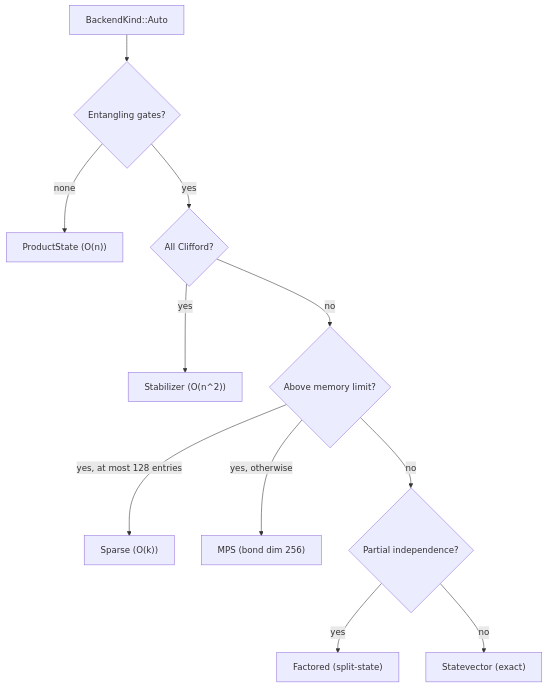
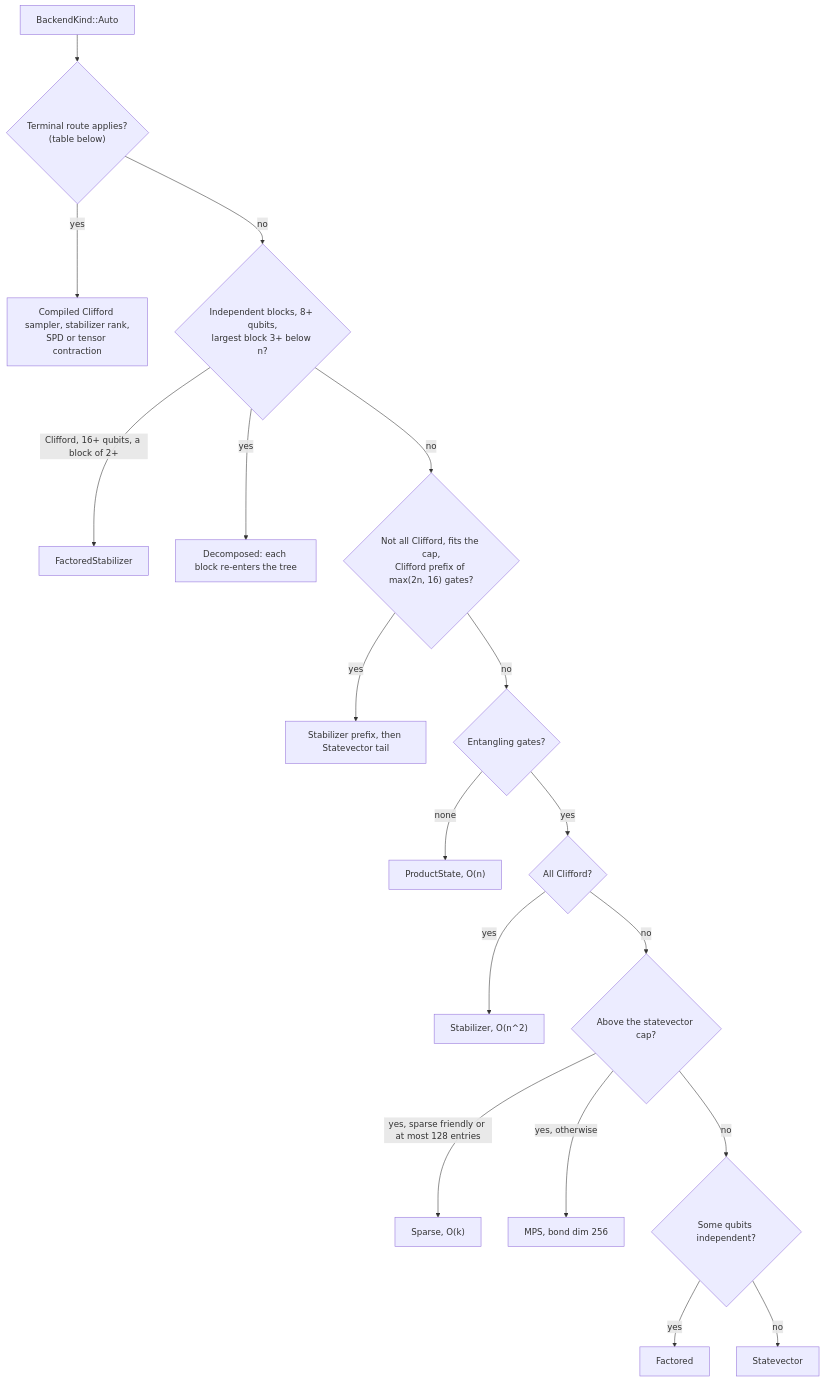
The diagram in docs/architecture/engine.md (AbeCoull/prism-q), drawn with Mermaid before and after one commit. The commit also changed other lines of this file and 60 other files, not shown here.

````diff
--- a/docs/architecture/engine.md
+++ b/docs/architecture/engine.md
@@ -116,13 +121,20 @@
 ```mermaid
 flowchart TD
-    A[BackendKind::Auto] --> E{Entangling gates?}
-    E -- none --> PS["ProductState (O(n))"]
+    A[BackendKind::Auto] --> Q{"Terminal route applies?<br/>(table below)"}
+    Q -- yes --> QR["Compiled Clifford sampler, stabilizer rank,<br/>SPD or tensor contraction"]
+    Q -- no --> D{"Independent blocks, 8+ qubits,<br/>largest block 3+ below n?"}
+    D -- "Clifford, 16+ qubits, a block of 2+" --> FS[FactoredStabilizer]
+    D -- yes --> DEC["Decomposed: each block re-enters the tree"]
+    D -- no --> T{"Not all Clifford, fits the cap,<br/>Clifford prefix of max(2n, 16) gates?"}
+    T -- yes --> TC["Stabilizer prefix, then Statevector tail"]
+    T -- no --> E{Entangling gates?}
+    E -- none --> PS["ProductState, O(n)"]
     E -- yes --> CL{All Clifford?}
-    CL -- yes --> STB["Stabilizer (O(n^2))"]
-    CL -- no --> MEM{Above memory limit?}
-    MEM -- "yes, at most 128 entries" --> SPR["Sparse (O(k))"]
-    MEM -- "yes, otherwise" --> MPS["MPS (bond dim 256)"]
-    MEM -- no --> IND{Partial independence?}
-    IND -- yes --> FAC["Factored (split-state)"]
-    IND -- no --> SV["Statevector (exact)"]
+    CL -- yes --> STB["Stabilizer, O(n^2)"]
+    CL -- no --> MEM{Above the statevector cap?}
+    MEM -- "yes, sparse friendly or at most 128 entries" --> SPR["Sparse, O(k)"]
+    MEM -- "yes, otherwise" --> MPS["MPS, bond dim 256"]
+    MEM -- no --> IND{"Some qubits independent?"}
+    IND -- yes --> FAC["Factored"]
+    IND -- no --> SV["Statevector"]
 ```
````
